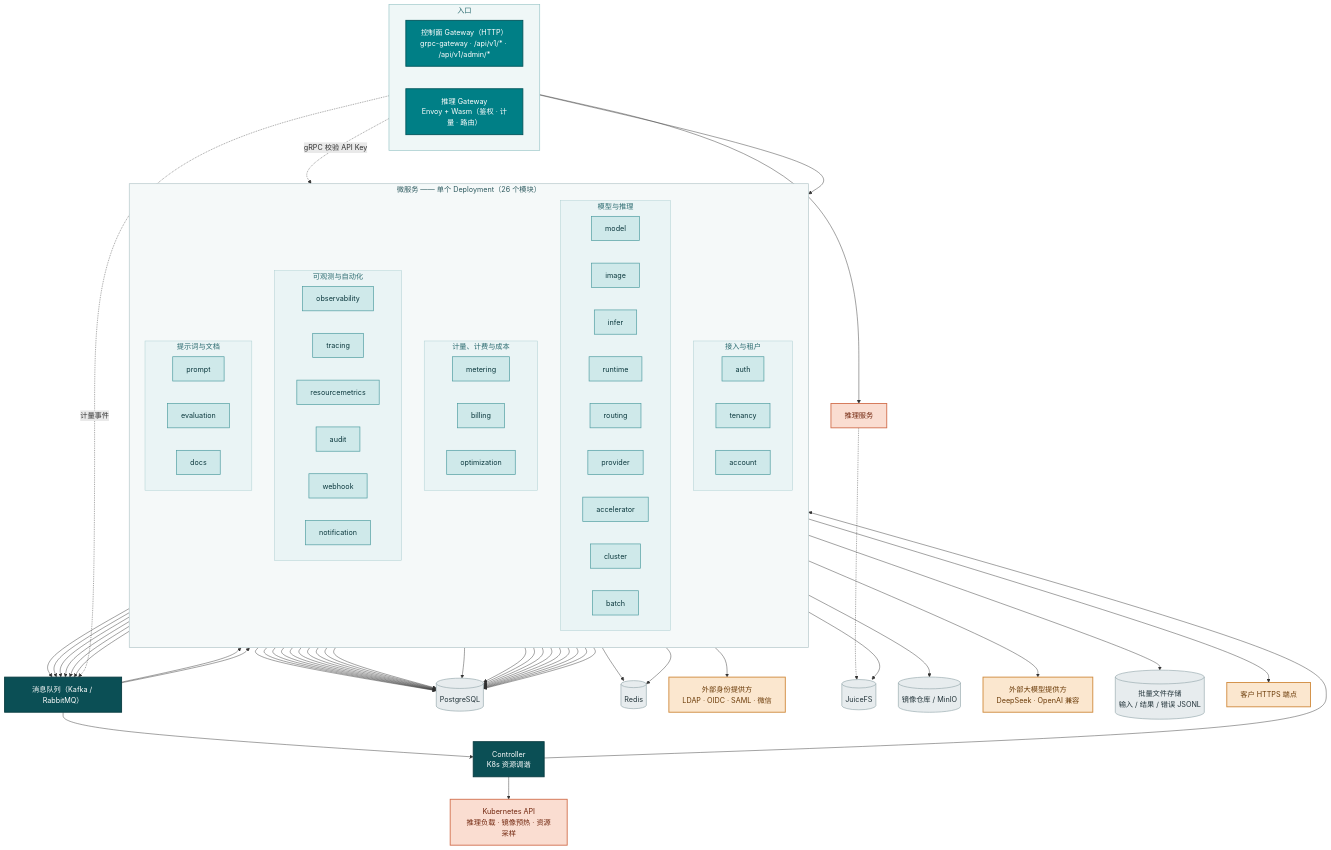
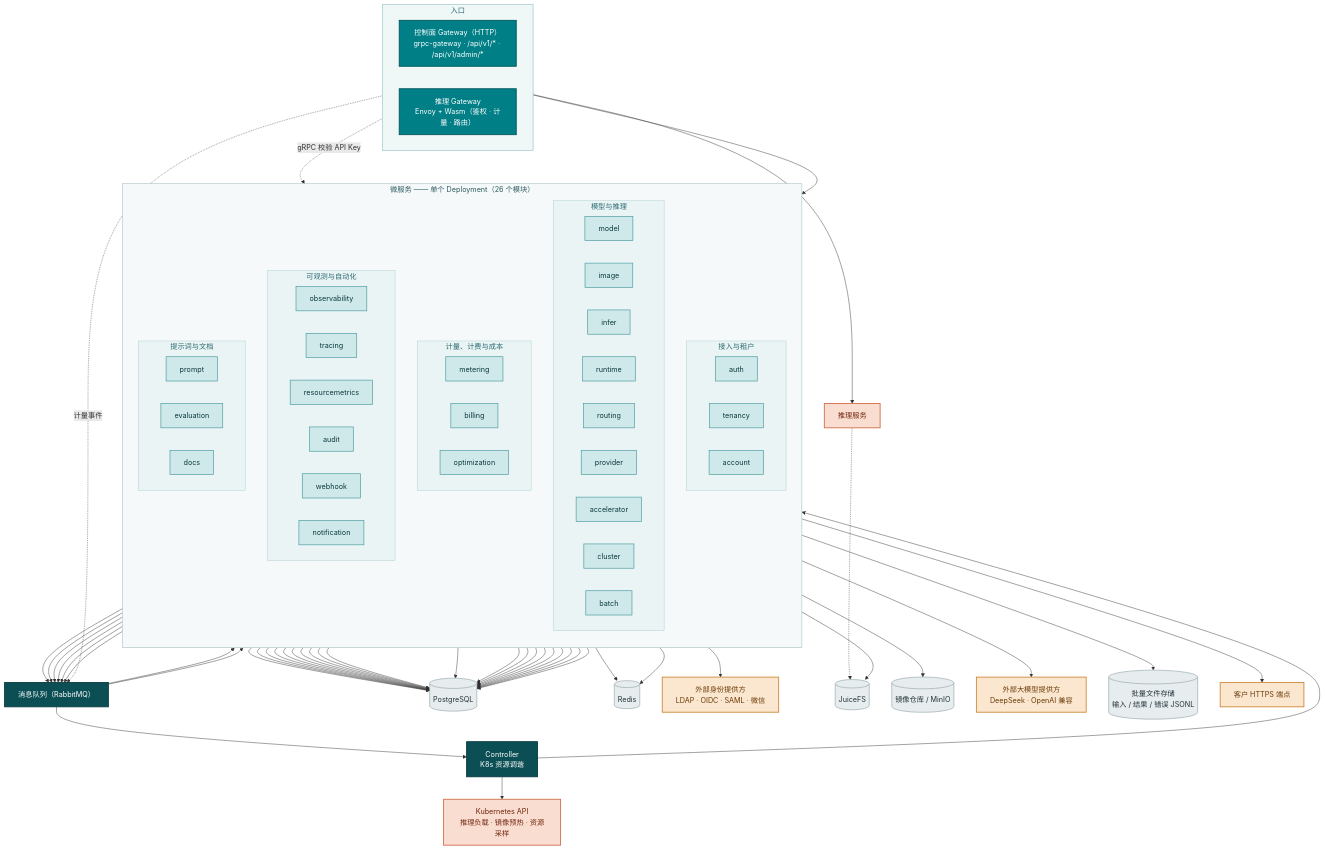
One commit to go-taas/go-taas changed the second of 6 diagrams in site/docs/design/architecture.zh-cn.md. Above: the diagram before and after it, drawn with Mermaid. The commit also changed other lines of this file and 23 other files, not shown here.

```diff
--- a/site/docs/design/architecture.zh-cn.md
+++ b/site/docs/design/architecture.zh-cn.md
@@ -192,7 +192,7 @@
     CGW --> mods
     DGW --> RT["推理服务"]
     DGW -.->|gRPC 校验 API Key| AUTH
-    DGW -.->|计量事件| MQ["消息队列（Kafka / RabbitMQ）"]
+    DGW -.->|计量事件| MQ["消息队列（RabbitMQ）"]
 
     AUTH --> PG[(PostgreSQL)]
     AUTH --> RD[(Redis)]
```
